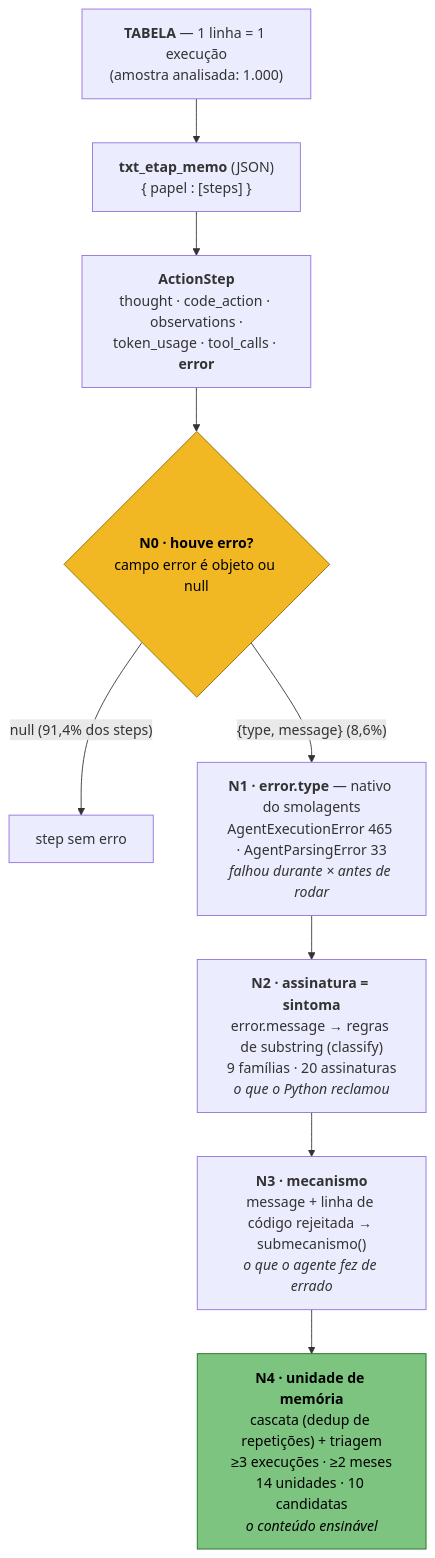
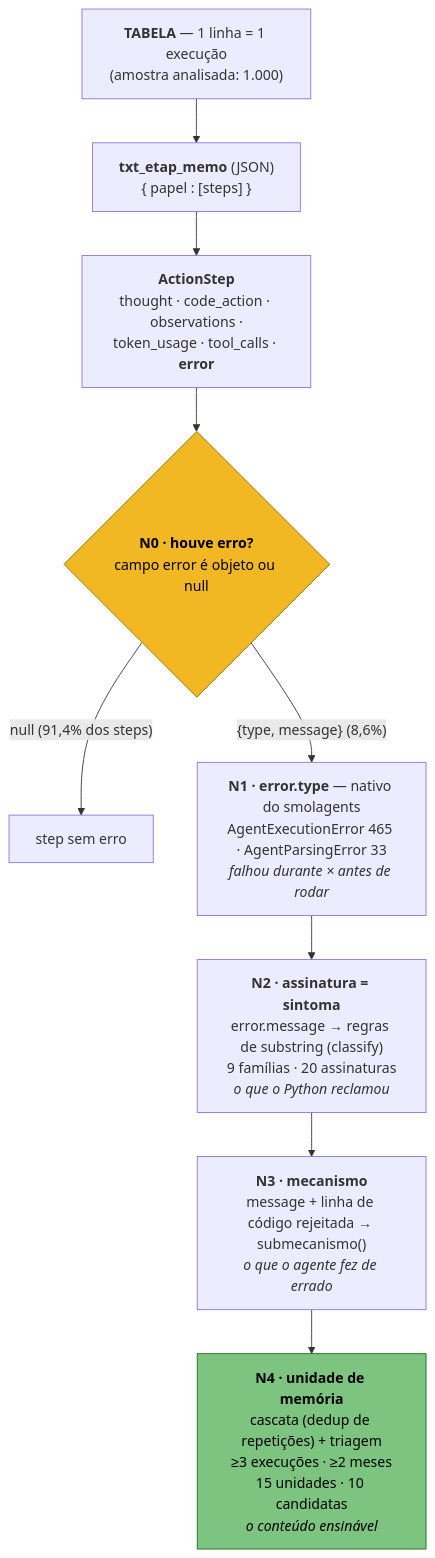
The diagram in analysis/schema-e-taxonomia-de-erros.md (rc-ventura/memory_layer_ai_agents), drawn with Mermaid before and after one commit. The commit also changed other lines of this file and 17 other files, not shown here.

````diff
--- a/analysis/schema-e-taxonomia-de-erros.md
+++ b/analysis/schema-e-taxonomia-de-erros.md
@@ -101,13 +101,13 @@
 ```mermaid
 flowchart TD
     T["<b>TABELA</b> — 1 linha = 1 execução<br/>(amostra analisada: 1.000)"] --> M["<b>txt_etap_memo</b> (JSON)<br/>{ papel : [steps] }"]
     M --> AS["<b>ActionStep</b><br/>thought · code_action · observations ·<br/>token_usage · tool_calls · <b>error</b>"]
     AS --> N0{"<b>N0 · houve erro?</b><br/>campo error é objeto ou null"}
     N0 -- "null (91,4% dos steps)" --> OK["step sem erro"]
     N0 -- "{type, message} (8,6%)" --> N1["<b>N1 · error.type</b> — nativo do smolagents<br/>AgentExecutionError 465 · AgentParsingError 33<br/><i>falhou durante × antes de rodar</i>"]
     N1 --> N2["<b>N2 · assinatura = sintoma</b><br/>error.message → regras de substring (classify)<br/>9 famílias · 20 assinaturas<br/><i>o que o Python reclamou</i>"]
     N2 --> N3["<b>N3 · mecanismo</b><br/>message + linha de código rejeitada → submecanismo()<br/><i>o que o agente fez de errado</i>"]
-    N3 --> N4["<b>N4 · unidade de memória</b><br/>cascata (dedup de repetições) + triagem<br/>≥3 execuções · ≥2 meses<br/>14 unidades · 10 candidatas<br/><i>o conteúdo ensinável</i>"]
+    N3 --> N4["<b>N4 · unidade de memória</b><br/>cascata (dedup de repetições) + triagem<br/>≥3 execuções · ≥2 meses<br/>15 unidades · 10 candidatas<br/><i>o conteúdo ensinável</i>"]
     style N0 fill:#f2b824,stroke:#8a6d00,color:#000
     style N4 fill:#7cc47f,stroke:#1a6e1e,color:#000
 ```
````
